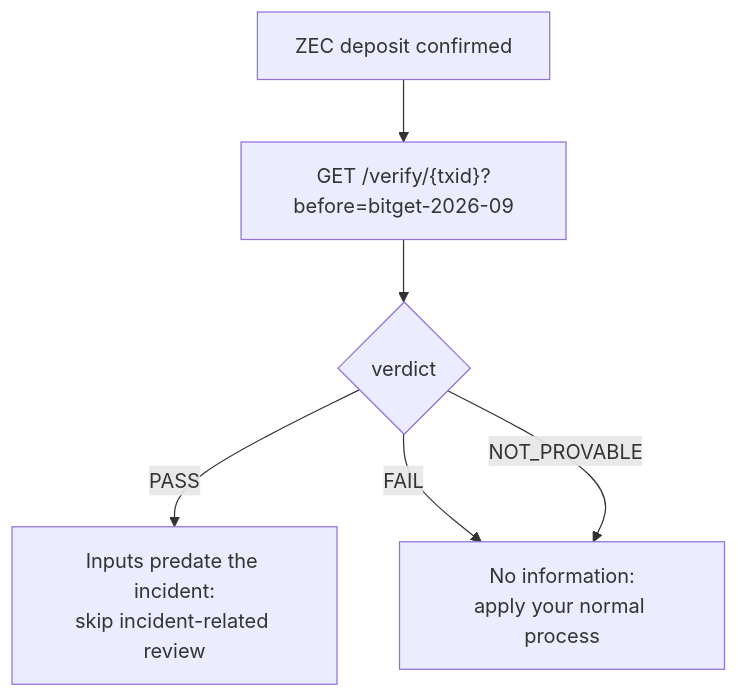
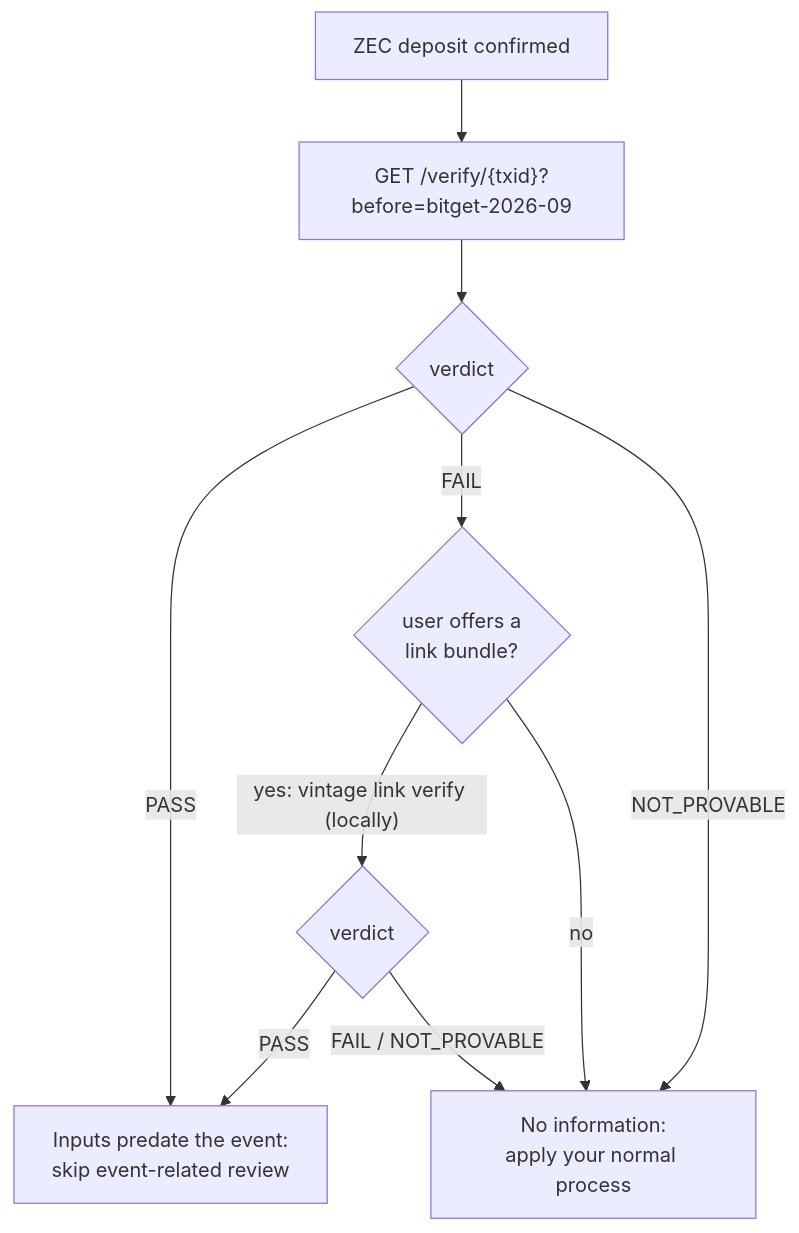
Before and after one commit to Samuel-Chuku/vintage: the diagram in docs/API.md, drawn with Mermaid. The commit also changed other lines of this file and 49 other files, not shown here.

Commit message:
Add payment requests, the receipt-account link, event registry and website

````diff
--- a/docs/API.md
+++ b/docs/API.md
@@ -166,8 +257,12 @@
 ```mermaid
 flowchart TD
     D[ZEC deposit confirmed] --> Q["GET /verify/{txid}?before=bitget-2026-09"]
     Q --> V{verdict}
-    V -- PASS --> OK["Inputs predate the incident:<br/>skip incident-related review"]
-    V -- FAIL --> N["No information:<br/>apply your normal process"]
-    V -- NOT_PROVABLE --> N
+    V -- PASS --> OK["Inputs predate the event:<br/>skip event-related review"]
+    V -- FAIL --> L{"user offers a<br/>link bundle?"}
+    V -- NOT_PROVABLE --> N["No information:<br/>apply your normal process"]
+    L -- "yes: vintage link verify (locally)" --> LV{verdict}
+    L -- no --> N
+    LV -- PASS --> OK
+    LV -- "FAIL / NOT_PROVABLE" --> N
 ```
````
